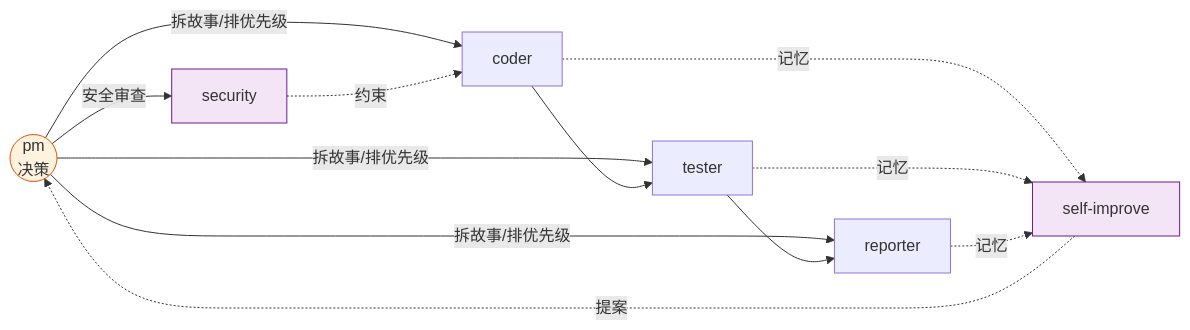
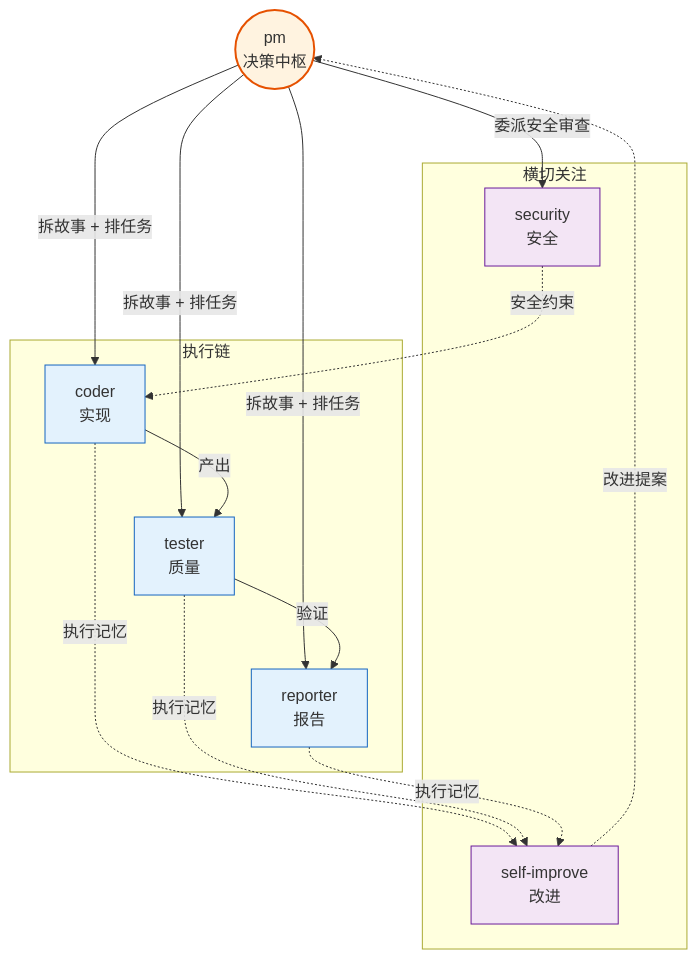
The first of 5 diagrams in agents/AGENT.md (effiy/YrY), drawn with Mermaid before and after one commit. The commit also changed other lines of this file and 18 other files, not shown here.

````diff
--- a/agents/AGENT.md
+++ b/agents/AGENT.md
@@ -9,14 +9,27 @@
 ```mermaid
-flowchart LR
-    pm(("pm<br/>决策")):::core
-    pm -->|安全审查| sec[security]:::side
-    pm -->|拆故事/排优先级| coder & tester & reporter
-    coder --> tester --> reporter
-    sec -.约束.-> coder
-    si["self-improve"]:::side -.提案.-> pm
-    coder -.记忆.-> si
-    tester -.记忆.-> si
-    reporter -.记忆.-> si
-    classDef core fill:#fff3e0,stroke:#e65100;
-    classDef side fill:#f3e5f5,stroke:#6a1b9a;
+flowchart TB
+    pm(("pm<br/>决策中枢")):::core
+
+    subgraph 执行链["执行链"]
+        coder[coder<br/>实现]:::exec
+        tester[tester<br/>质量]:::exec
+        reporter[reporter<br/>报告]:::exec
+    end
+
+    subgraph 横切["横切关注"]
+        security[security<br/>安全]:::cross
+        si[self-improve<br/>改进]:::cross
+    end
+
+    pm -->|委派安全审查| security
+    pm -->|拆故事 + 排任务| coder & tester & reporter
+    coder -->|产出| tester
+    tester -->|验证| reporter
+    security -.安全约束.-> coder
+    si -.改进提案.-> pm
+    coder & tester & reporter -.执行记忆.-> si
+
+    classDef core fill:#fff3e0,stroke:#e65100,stroke-width:2px;
+    classDef exec fill:#e3f2fd,stroke:#1565c0;
+    classDef cross fill:#f3e5f5,stroke:#6a1b9a;
 ```
````
